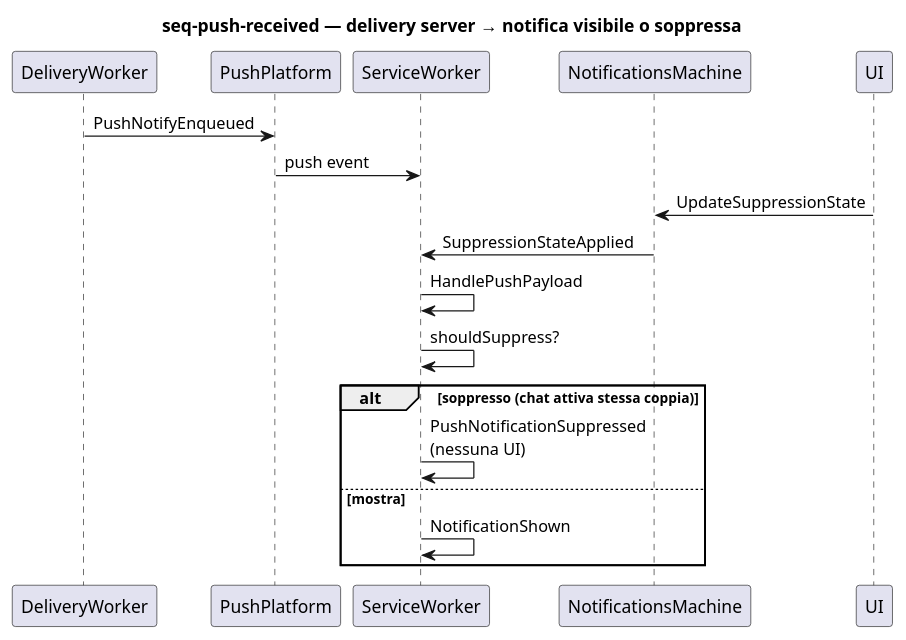
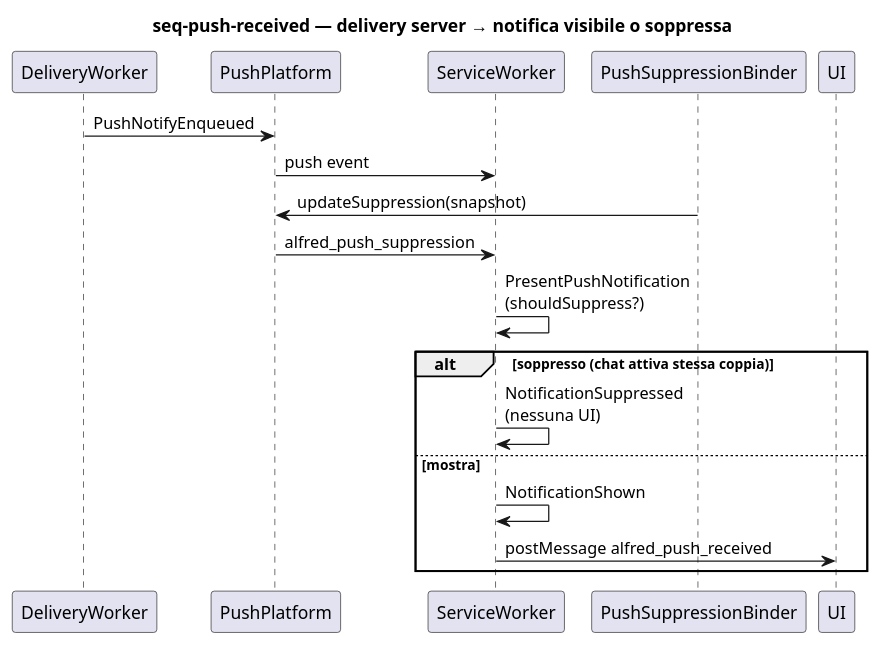
The diagram in docs/model/uml/notifications/seq-push-received.puml (alfred-im/alfred-im), drawn with PlantUML before and after one commit. The commit also changed 97 other files, not shown here.

```diff
--- a/docs/model/uml/notifications/seq-push-received.puml
+++ b/docs/model/uml/notifications/seq-push-received.puml
@@ -1,31 +1,31 @@
 @startuml seq-push-received
 ' Context: notifications
-' Profile: client
-' Command: HandlePushPayload
+' Profile: client + SW
+' Command: PresentPushNotification
 ' SDD: PROM-PUSH-NOTIFY-022, SURF-NOTIFICATIONS-005–008
-' Revision: 2026-07-19
+' Revision: 2026-07-27
 
 title seq-push-received — delivery server → notifica visibile o soppressa
 
 participant "DeliveryWorker" as Del
 participant "PushPlatform" as PP
 participant "ServiceWorker" as SW
-participant "NotificationsMachine" as NM
+participant "PushSuppressionBinder" as Binder
 participant "UI" as UI
 
 Del -> PP : PushNotifyEnqueued
 PP -> SW : push event
 
-UI -> NM : UpdateSuppressionState
-NM -> SW : SuppressionStateApplied
+Binder -> PP : updateSuppression(snapshot)
+PP -> SW : alfred_push_suppression
 
-SW -> SW : HandlePushPayload
-SW -> SW : shouldSuppress?
+SW -> SW : PresentPushNotification\n(shouldSuppress?)
 
 alt soppresso (chat attiva stessa coppia)
-  SW -> SW : PushNotificationSuppressed\n(nessuna UI)
+  SW -> SW : NotificationSuppressed\n(nessuna UI)
 else mostra
   SW -> SW : NotificationShown
+  SW -> UI : postMessage alfred_push_received
 end
 
 @enduml
```
